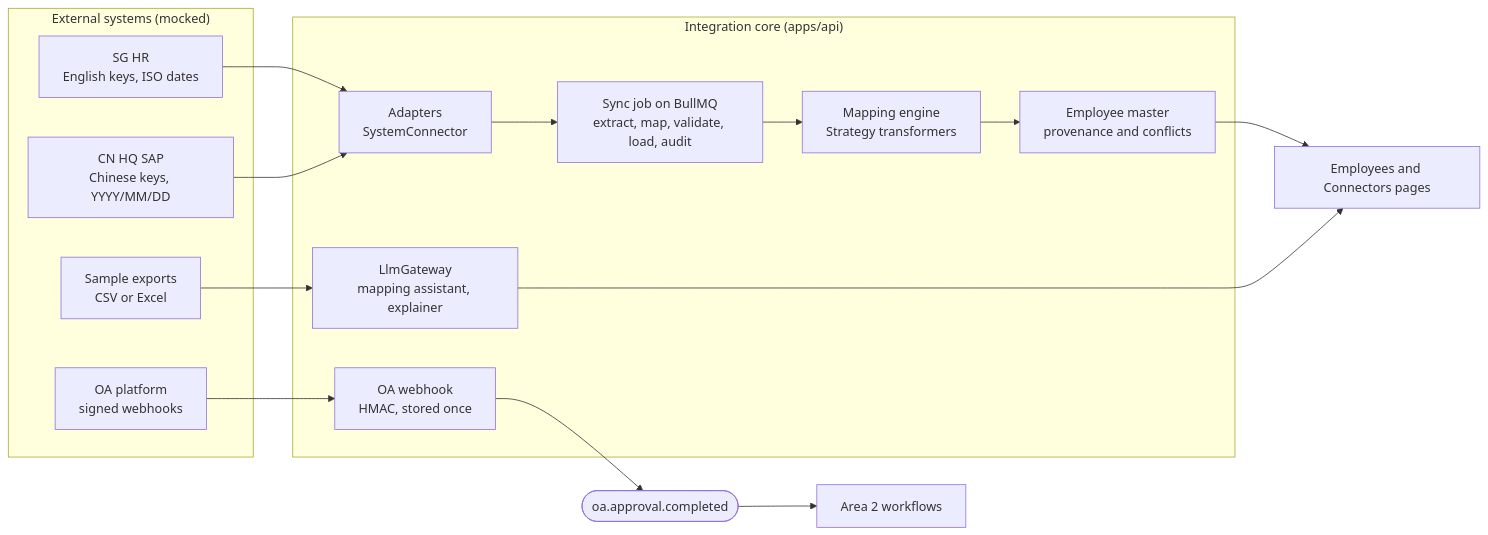
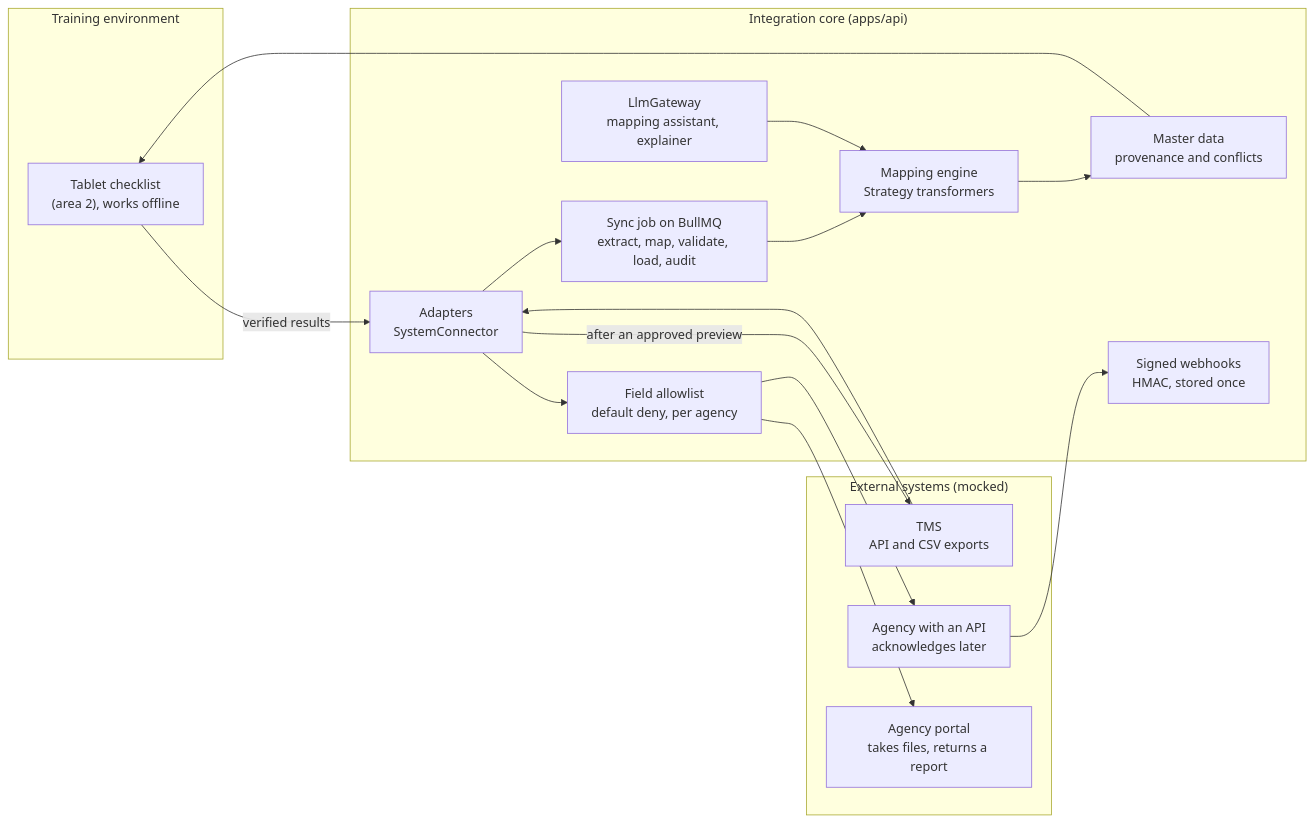
Before and after one commit to xiu2809xiu-rgb/sccci-innovation-project: the diagram in docs/team/area-1-integration-core.md, drawn with Mermaid. The commit also changed other lines of this file and 2 other files, not shown here.

First line of the commit message:
docs: rewrite module ownership and the area 1 guide for statement #5

````diff
--- a/docs/team/area-1-integration-core.md
+++ b/docs/team/area-1-integration-core.md
@@ -15,25 +30,29 @@
 ```mermaid
 flowchart LR
-  subgraph External["External systems (mocked)"]
-    SG["SG HR<br/>English keys, ISO dates"]
-    CN["CN HQ SAP<br/>Chinese keys, YYYY/MM/DD"]
-    OA["OA platform<br/>signed webhooks"]
-    FILE["Sample exports<br/>CSV or Excel"]
+  subgraph Field["Training environment"]
+    TAB["Tablet checklist<br/>(area 2), works offline"]
   end
   subgraph Core["Integration core (apps/api)"]
     ADP["Adapters<br/>SystemConnector"]
     JOB["Sync job on BullMQ<br/>extract, map, validate, load, audit"]
     MAP["Mapping engine<br/>Strategy transformers"]
-    MASTER["Employee master<br/>provenance and conflicts"]
+    MASTER["Master data<br/>provenance and conflicts"]
+    ALLOW["Field allowlist<br/>default deny, per agency"]
     AI["LlmGateway<br/>mapping assistant, explainer"]
-    HOOK["OA webhook<br/>HMAC, stored once"]
+    HOOK["Signed webhooks<br/>HMAC, stored once"]
   end
-  SG --> ADP
-  CN --> ADP
-  ADP --> JOB --> MAP --> MASTER
-  FILE --> AI
-  OA --> HOOK --> BUS(["oa.approval.completed"])
-  MASTER --> UI["Employees and Connectors pages"]
-  AI --> UI
-  BUS --> AREA2["Area 2 workflows"]
+  subgraph External["External systems (mocked)"]
+    TMS["TMS<br/>API and CSV exports"]
+    API["Agency with an API<br/>acknowledges later"]
+    PORTAL["Agency portal<br/>takes files, returns a report"]
+  end
+  TMS --> ADP --> JOB --> MAP --> MASTER
+  MASTER --> TAB
+  TAB -->|verified results| ADP
+  ADP -->|after an approved preview| TMS
+  ADP --> ALLOW
+  ALLOW --> API
+  ALLOW --> PORTAL
+  API --> HOOK
+  AI --> MAP
 ```
````
